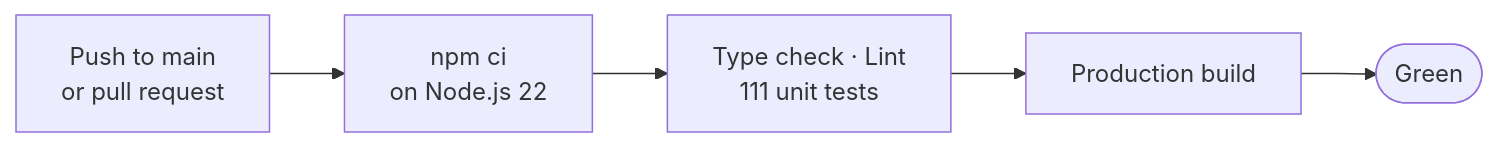
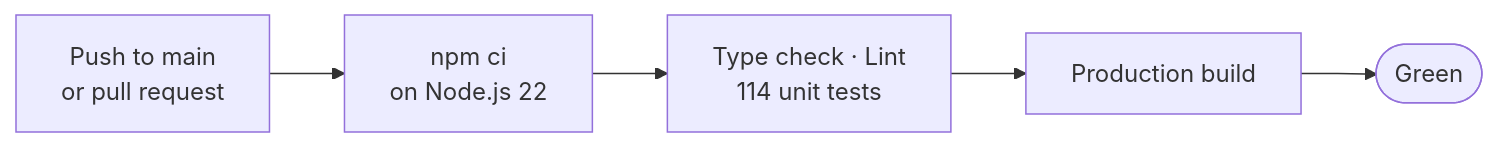
Before and after one commit to vijaykumargowdakk/ReSecArc: diagram 28 of 31 in README.md, drawn with Mermaid. The commit also changed other lines of this file and 7 other files, not shown here.

````diff
--- a/README.md
+++ b/README.md
@@ -1096,7 +1097,7 @@
 ```mermaid
 flowchart LR
     PUSH["Push to main<br/>or pull request"] --> CI["npm ci<br/>on Node.js 22"]
-    CI --> CHK["Type check · Lint<br/>111 unit tests"]
+    CI --> CHK["Type check · Lint<br/>114 unit tests"]
     CHK --> BU["Production build"]
     BU --> OK(["Green"])
 ```
````
